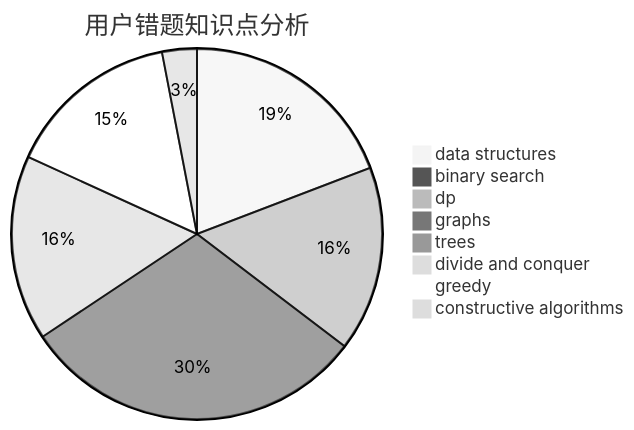
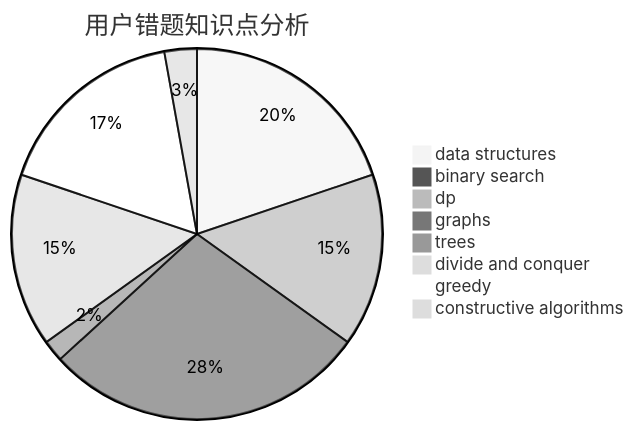
Before and after one commit to sherpahu/cfrs.github.io: the third of 3 diagrams in docs/user/u962.md, drawn with Mermaid (neutral theme). The commit also changed other lines of this file and 2770 other files, not shown here.

````diff
--- a/docs/user/u962.md
+++ b/docs/user/u962.md
@@ -36,11 +36,11 @@
 ```mermaid
 pie title 用户错题知识点分析
-    "data structures" :  19
+    "data structures" :  21
     "binary search" :  1
     "dp" :  16
     "graphs" :  30
-    "trees" :  1
+    "trees" :  2
     "divide and conquer" :  16
-    "greedy" :  15
+    "greedy" :  18
     "constructive algorithms" :  3
 ```
````
